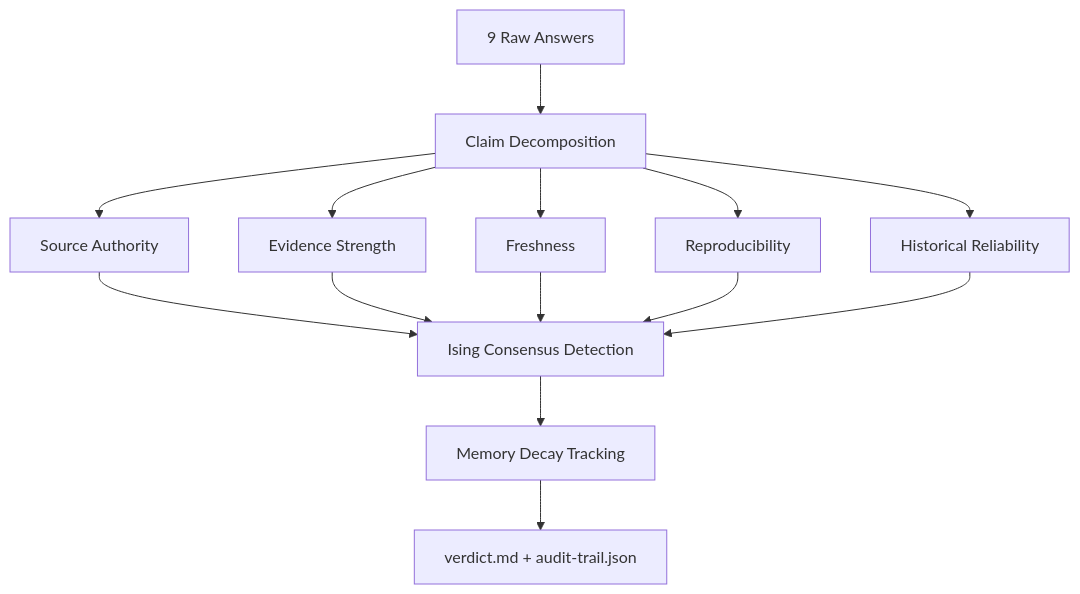
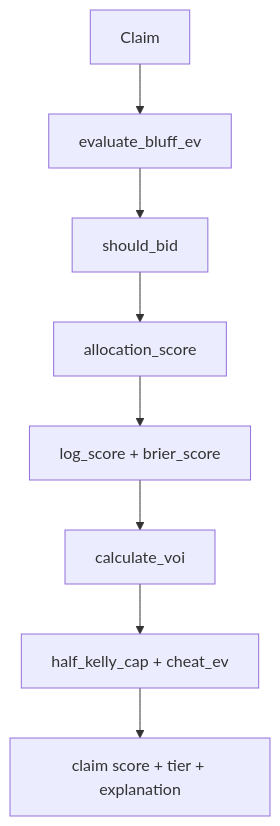
One commit to reguorider-gif/ai-judge changed the third of 3 diagrams in docs/ARCHITECTURE.md. Above: the diagram before and after it, drawn with Mermaid. The commit also changed other lines of this file and 20 other files, not shown here.

````diff
--- a/docs/ARCHITECTURE.md
+++ b/docs/ARCHITECTURE.md
@@ -38,12 +39,10 @@
 ```mermaid
 graph TD
-    A["9 Raw Answers"] --> CD["Claim Decomposition"]
-    CD --> SA["Source Authority"]
-    CD --> SE["Evidence Strength"]
-    CD --> SF["Freshness"]
-    CD --> SR["Reproducibility"]
-    CD --> SH["Historical Reliability"]
-    SA & SE & SF & SR & SH --> IS["Ising Consensus Detection"]
-    IS --> MD["Memory Decay Tracking"]
-    MD --> OUT["verdict.md + audit-trail.json"]
+    C["Claim"] --> B["evaluate_bluff_ev"]
+    B --> BID["should_bid"]
+    BID --> A["allocation_score"]
+    A --> CAL["log_score + brier_score"]
+    CAL --> VOI["calculate_voi"]
+    VOI --> RISK["half_kelly_cap + cheat_ev"]
+    RISK --> OUT["claim score + tier + explanation"]
 ```
````
